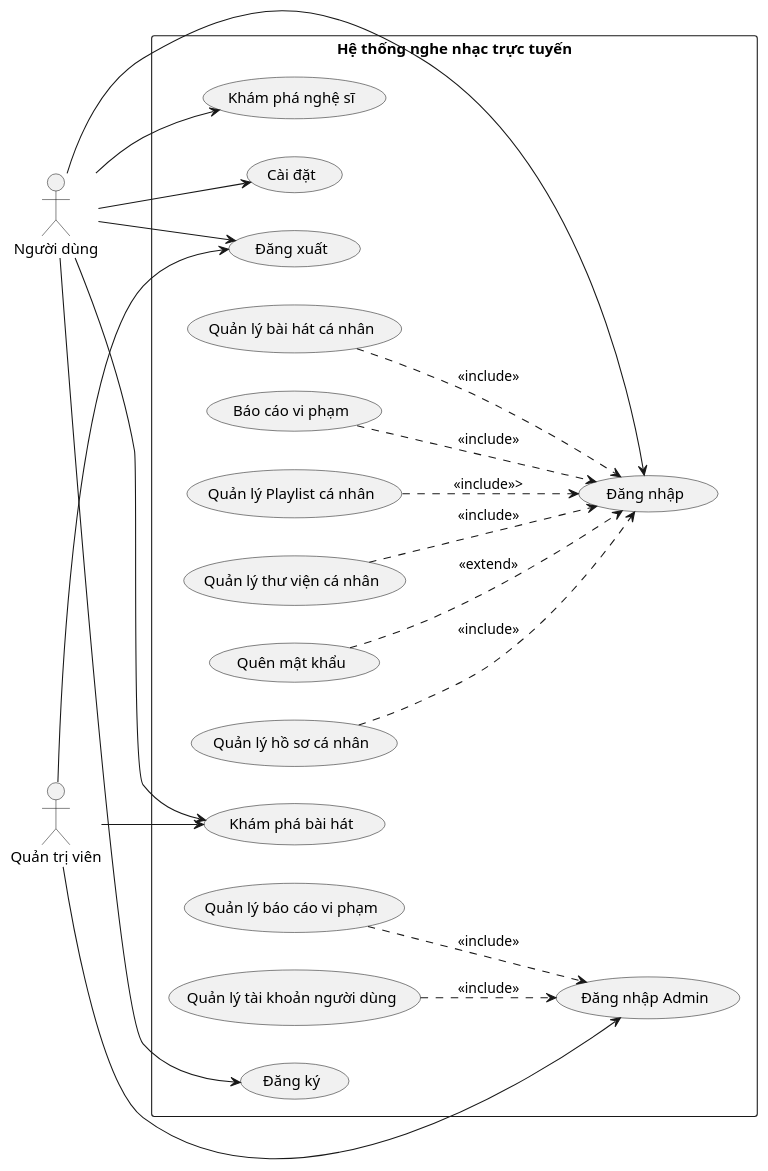
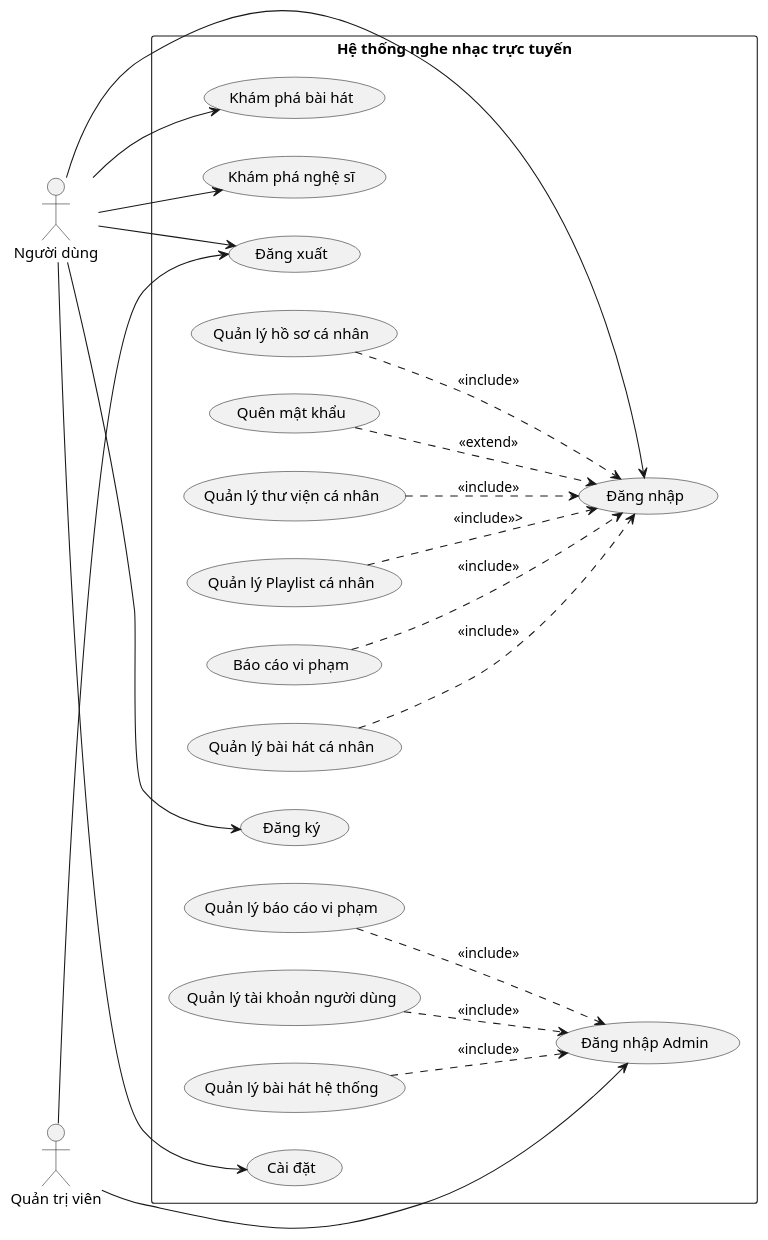
One commit to vinh047/soundwave changed the diagram in Diagrams/UsecaseDiagram/ComprehensiveUsecaseDiagram.plantuml. Above: the diagram before and after it, drawn with PlantUML. The commit also changed 7 other files, not shown here.

Commit message:
Tách biệt Khám phá bài hát của Admin và User

```diff
--- a/Diagrams/UsecaseDiagram/ComprehensiveUsecaseDiagram.plantuml
+++ b/Diagrams/UsecaseDiagram/ComprehensiveUsecaseDiagram.plantuml
@@ -1,58 +1,59 @@
 @startuml Sơ Đồ Usecase Tổng Quát
 left to right direction
 
 ' Actor
 actor "Người dùng" as User
 actor "Quản trị viên" as Admin
 
 rectangle "Hệ thống nghe nhạc trực tuyến" {
   ' Use Case cho Khách
   (Khám phá bài hát) as UC_ExploreSongs
   (Khám phá nghệ sĩ) as UC_ExploreArtists
   (Đăng ký) as UC_Register
   (Đăng nhập) as UC_Login
   (Quên mật khẩu) as UC_ForgetPassword
 
   ' Use case cho User
   (Quản lý hồ sơ cá nhân) as UC_ManageProfile
   (Quản lý thư viện cá nhân) as UC_ManageLibrary
   (Quản lý Playlist cá nhân) as UC_ManagePlaylist
   (Báo cáo vi phạm) as UC_Report
   (Quản lý bài hát cá nhân) as UC_ManageSongs
   (Cài đặt) as UC_Settings
 
   ' Use case cho Admin
   (Quản lý báo cáo vi phạm) as UC_HandleReport
   (Quản lý tài khoản người dùng) as UC_ManageUserAccount
+  (Quản lý bài hát hệ thống) as UC_ManageSystemSongs
   (Đăng nhập Admin) as UC_LoginAdmin
 
   ' Use case cho tất cả
   (Đăng xuất) as UC_Logout
 
   ' -- Mối quan hệ --
   ' Quan hệ <<extends>>
   UC_ForgetPassword ..> UC_Login : <<extend>>
 
   ' Quan hệ <<include>>
   UC_ManageProfile ..> UC_Login : <<include>>
   UC_ManageLibrary ..> UC_Login : <<include>>
   UC_ManagePlaylist ..> UC_Login: <<include>>>
   UC_Report ..> UC_Login : <<include>>
   UC_ManageSongs ..> UC_Login : <<include>>
 
   UC_HandleReport ..> UC_LoginAdmin : <<include>>
   UC_ManageUserAccount ..> UC_LoginAdmin : <<include>>
+  UC_ManageSystemSongs ..> UC_LoginAdmin : <<include>>
 
   ' -- Gán các actor --
   User --> UC_ExploreSongs
   User --> UC_Register
   User --> UC_Login
   User --> UC_ExploreArtists
   User --> UC_Logout
   User --> UC_Settings
 
   Admin --> UC_LoginAdmin
-  Admin --> UC_ExploreSongs
   Admin --> UC_Logout
 }
 @enduml
```
